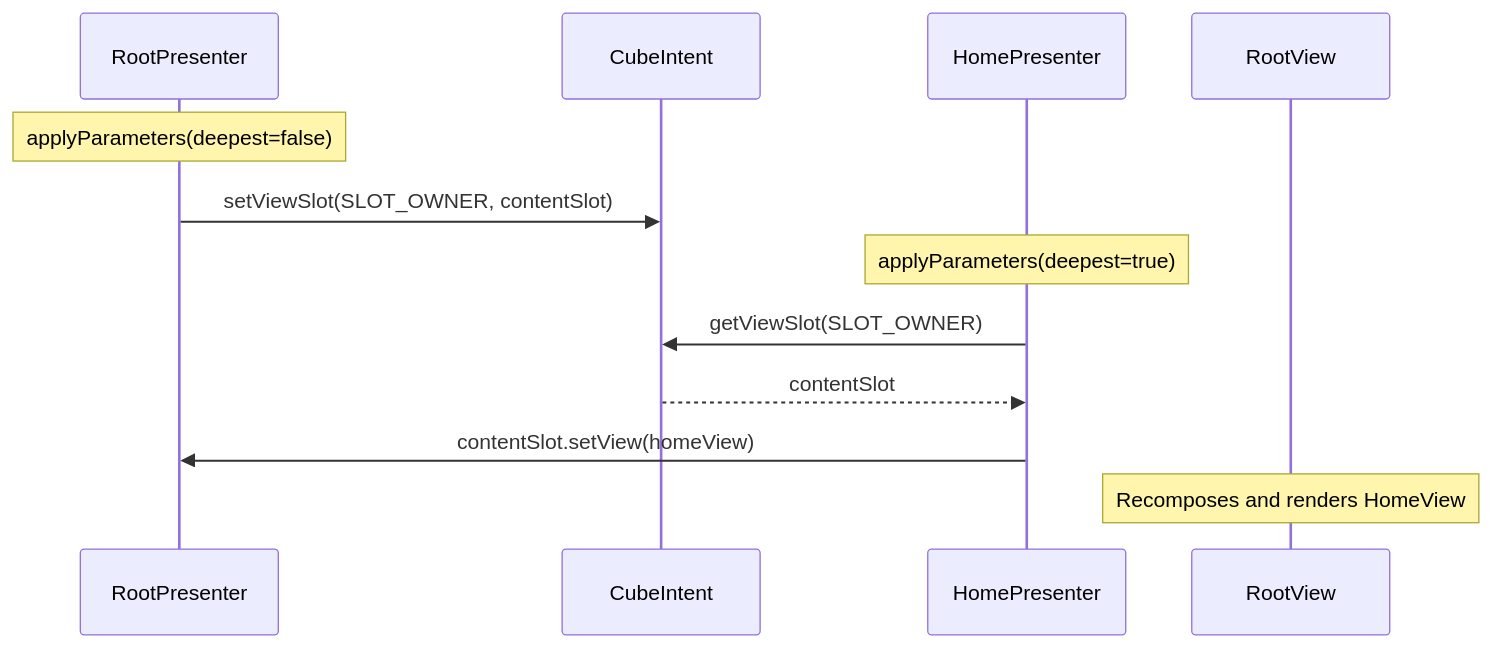
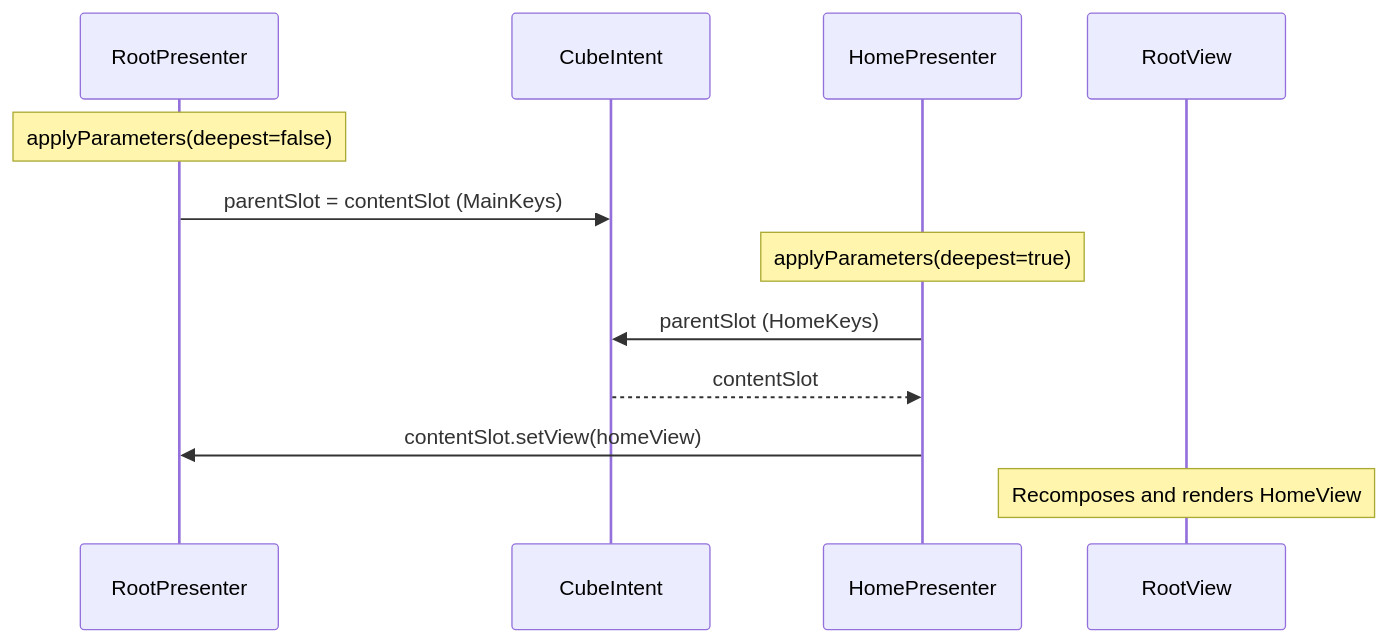
The seventh of 10 diagrams in docs/architecture.md (mrcdom/wdc-cube-kotlin), drawn with Mermaid before and after one commit. The commit also changed other lines of this file and 18 other files, not shown here.

````diff
--- a/docs/architecture.md
+++ b/docs/architecture.md
@@ -353,16 +353,16 @@
 ```mermaid
 sequenceDiagram
     participant Root as RootPresenter
     participant Intent as CubeIntent
     participant Home as HomePresenter
     participant RootView as RootView
 
     Note over Root: applyParameters(deepest=false)
-    Root->>Intent: setViewSlot(SLOT_OWNER, contentSlot)
+    Root->>Intent: parentSlot = contentSlot (MainKeys)
 
     Note over Home: applyParameters(deepest=true)
-    Home->>Intent: getViewSlot(SLOT_OWNER)
+    Home->>Intent: parentSlot (HomeKeys)
     Intent-->>Home: contentSlot
     Home->>Root: contentSlot.setView(homeView)
     Note over RootView: Recomposes and renders HomeView
 ```
````
